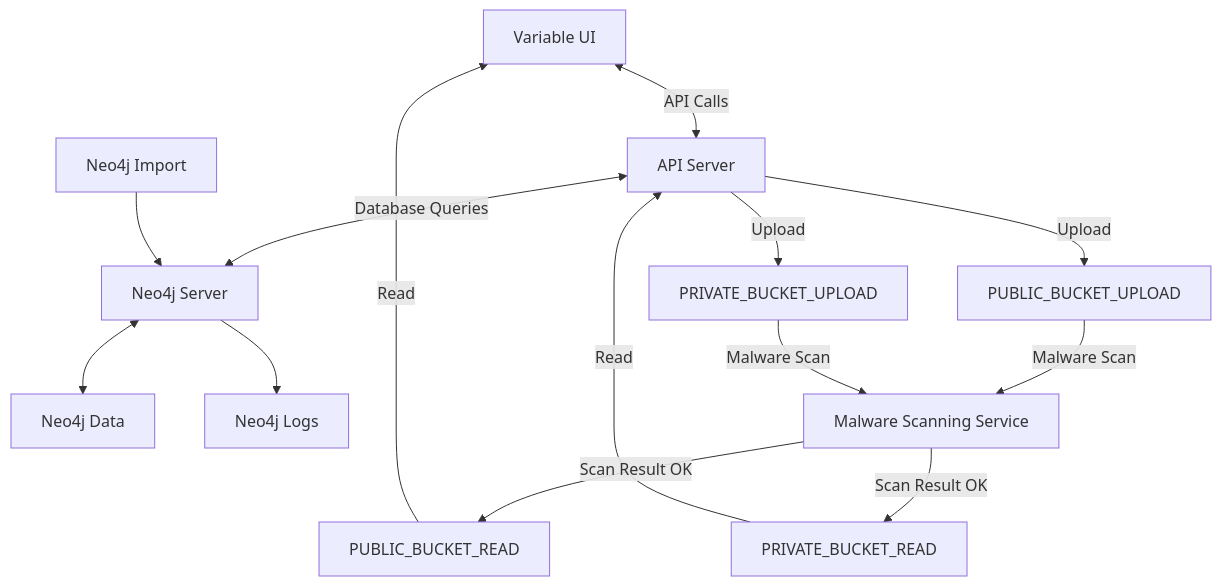
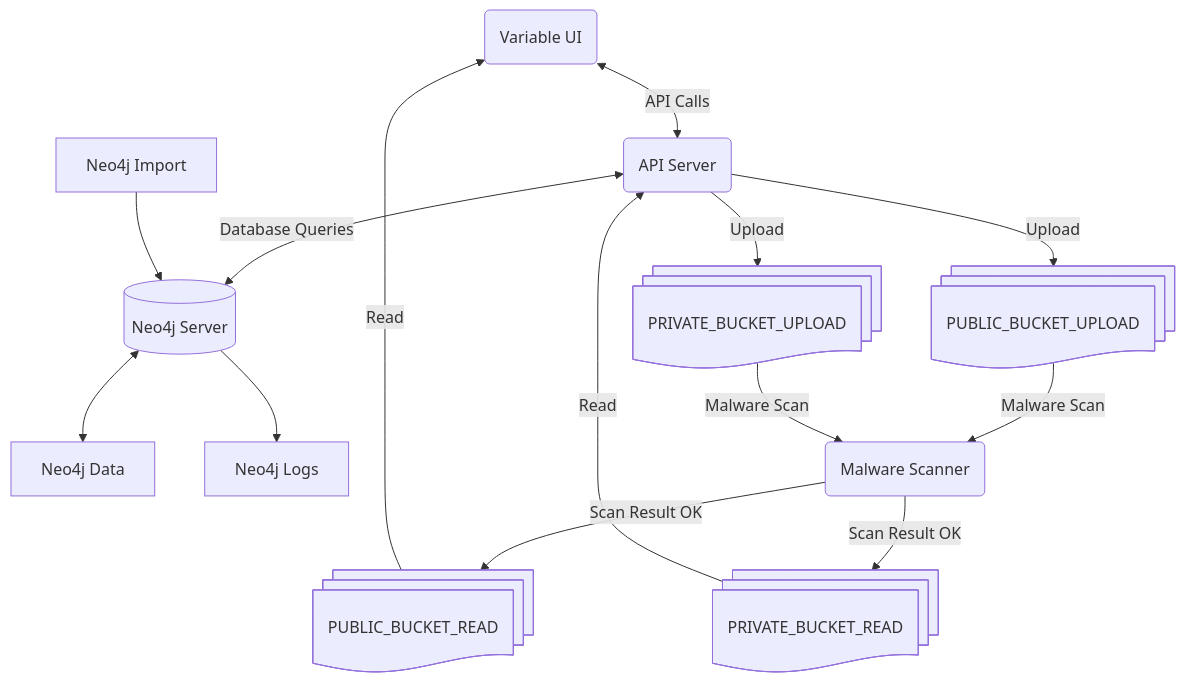
One commit to variable-co/api-documentation changed the diagram in docs/self-hosted.mdx. Above: the diagram before and after it, drawn with Mermaid. The commit also changed other lines of this file, not shown here.

Commit message:
copy change and flowchart style updates

````diff
--- a/docs/self-hosted.mdx
+++ b/docs/self-hosted.mdx
@@ -61,16 +58,16 @@
 ```mermaid
 flowchart TD
-    UI[Variable UI] <-->|API Calls| API[API Server]
-    API <-->|Database Queries| DB[Neo4j Server]
+    UI(Variable UI) <-->|API Calls| API(API Server)
+    API <-->|Database Queries| DB[(Neo4j Server)]
     DB <--> DBD[Neo4j Data]
     DB --> DBL[Neo4j Logs]
     DBI[Neo4j Import] --> DB
-    API -->|Upload| PBU[PUBLIC_BUCKET_UPLOAD]
-    API -->|Upload| PRU[PRIVATE_BUCKET_UPLOAD]
-    PUR[PUBLIC_BUCKET_READ] -->|Read| UI
-    PRR[PRIVATE_BUCKET_READ] -->|Read| API
-    PBU -->|Malware Scan| MSS[Malware Scanning Service]
+    API -->|Upload| PBU@{ shape: docs, label: "PUBLIC_BUCKET_UPLOAD" }
+    API -->|Upload| PRU@{ shape: docs, label: "PRIVATE_BUCKET_UPLOAD" }
+    PUR@{ shape: docs, label: "PUBLIC_BUCKET_READ" } -->|Read| UI
+    PRR@{ shape: docs, label: "PRIVATE_BUCKET_READ" } -->|Read| API
+    PBU -->|Malware Scan| MSS(Malware Scanner)
     PRU -->|Malware Scan| MSS
     MSS -->|Scan Result OK| PUR
     MSS -->|Scan Result OK| PRR
 ```
````
